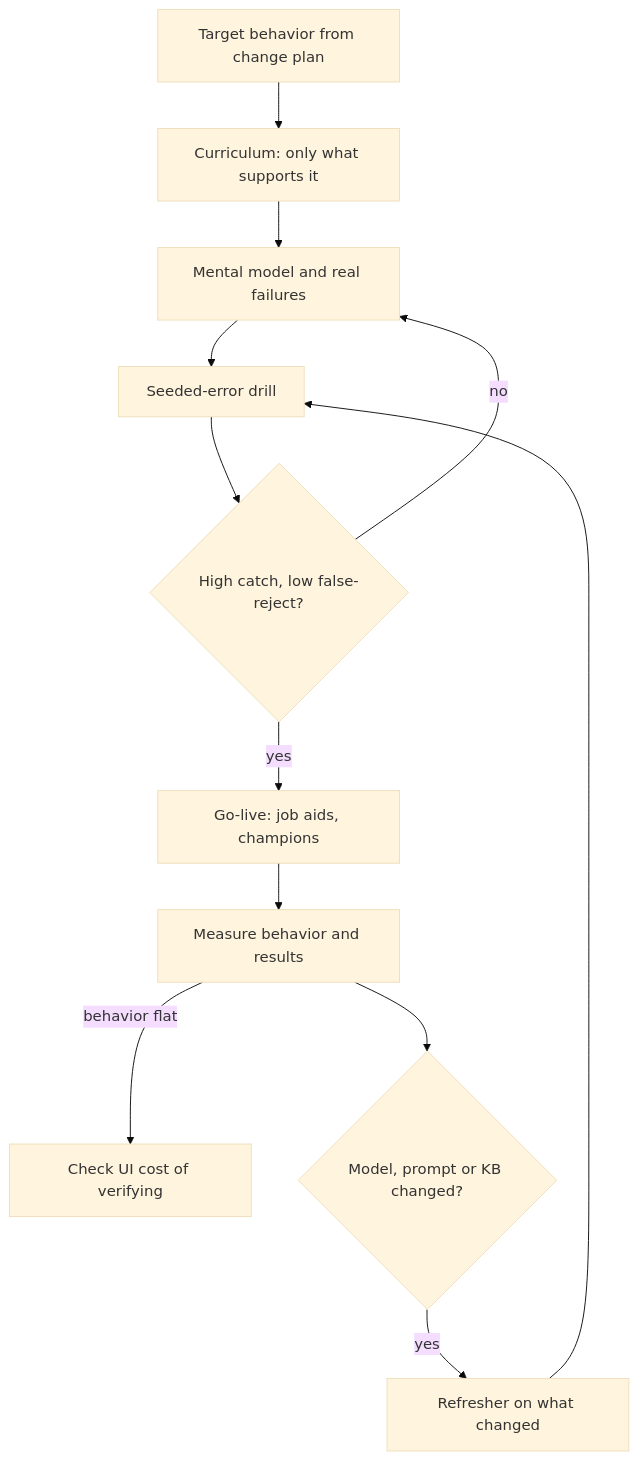
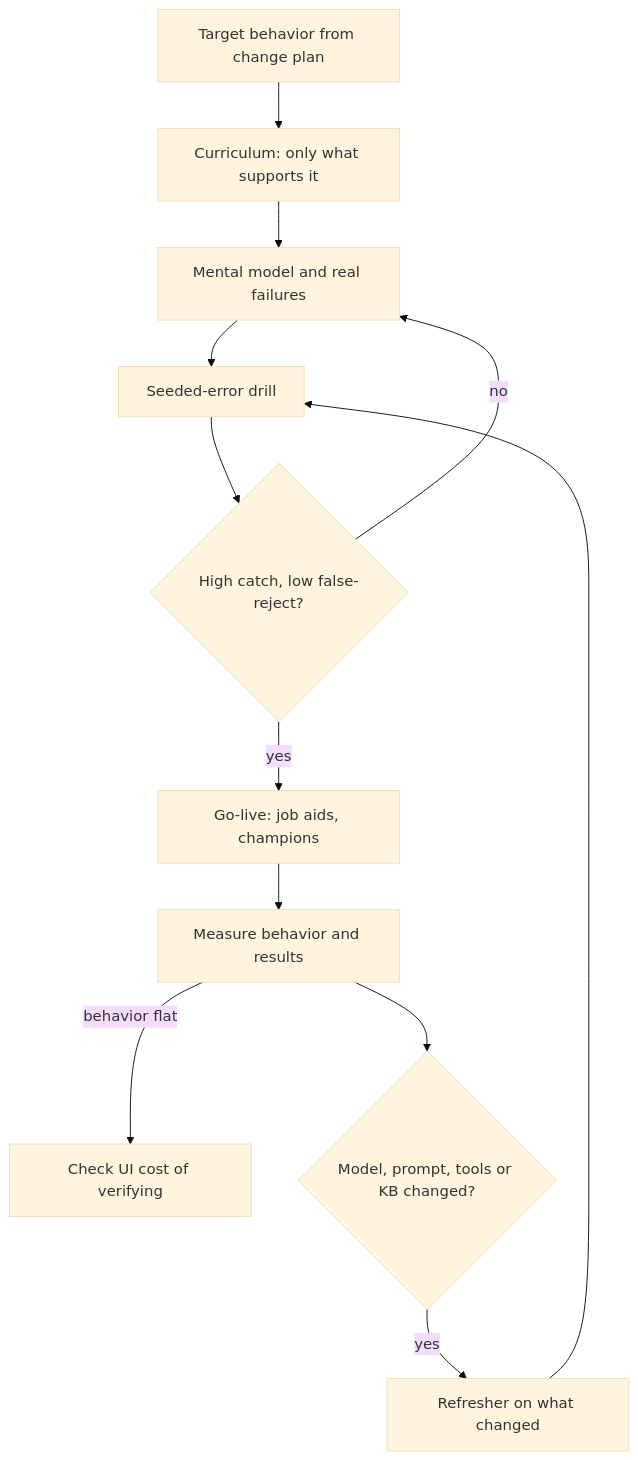
The diagram in content/adoption/user-training.md (lovishmahajan97/agentic-learning), drawn with Mermaid (base theme) before and after one commit. The commit also changed other lines of this file and 454 other files, not shown here.

````diff
--- a/content/adoption/user-training.md
+++ b/content/adoption/user-training.md
@@ -123,14 +141,14 @@
 ```mermaid
 flowchart TD
     B["Target behavior from change plan"] --> C["Curriculum: only what supports it"]
     C --> M["Mental model and real failures"]
     M --> D["Seeded-error drill"]
     D --> S{"High catch, low false-reject?"}
     S -->|"no"| M
     S -->|"yes"| R["Go-live: job aids, champions"]
     R --> L["Measure behavior and results"]
     L -->|"behavior flat"| U["Check UI cost of verifying"]
-    L --> X{"Model, prompt or KB changed?"}
+    L --> X{"Model, prompt, tools or KB changed?"}
     X -->|"yes"| F["Refresher on what changed"]
     F --> D
 ```
````
